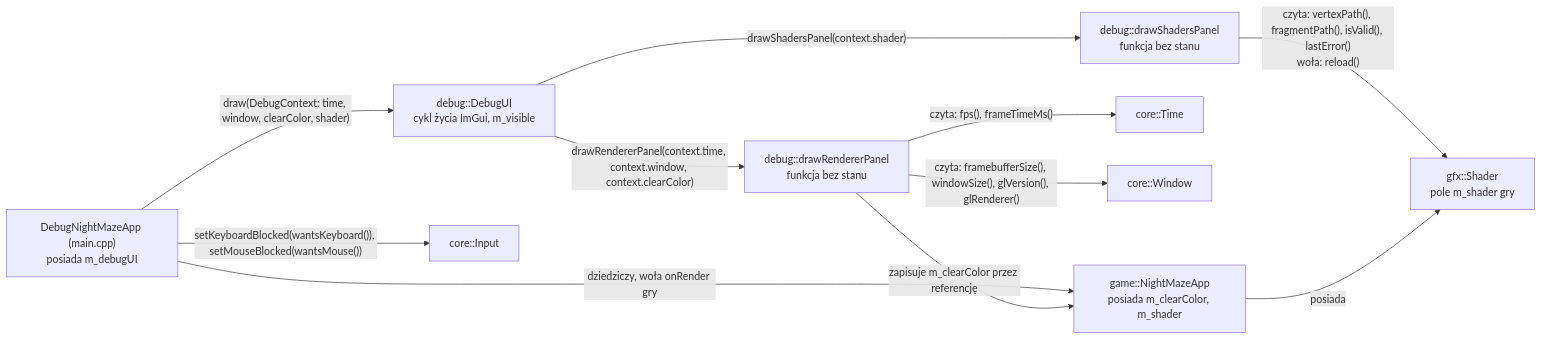
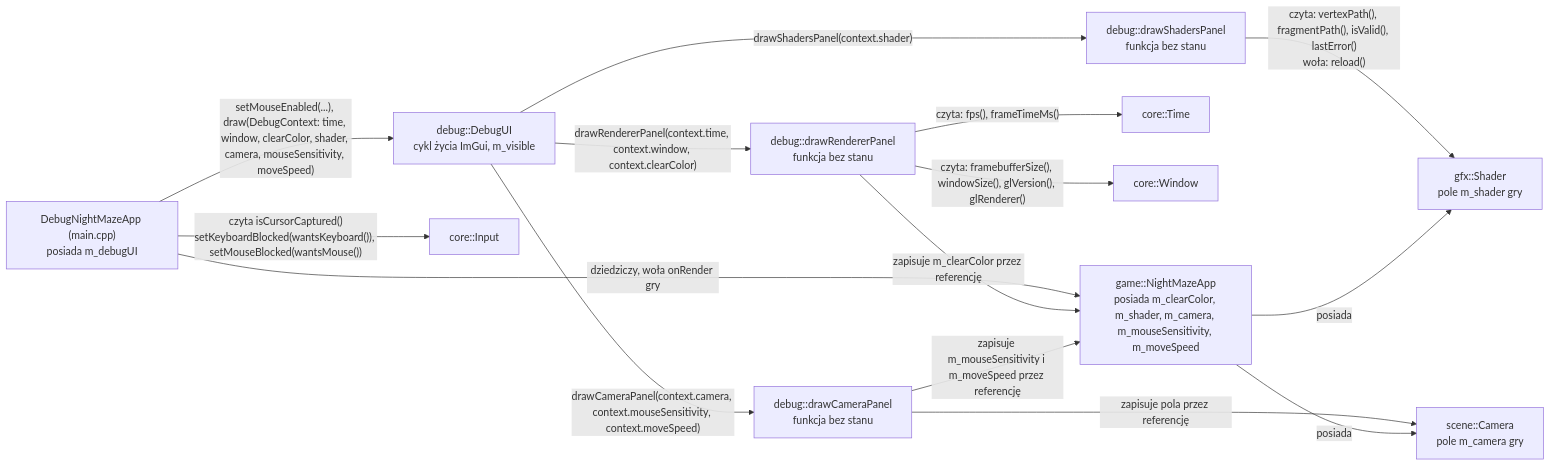
Before and after one commit to Shironex/night-maze: the second of 2 diagrams in docs/modules/debug-ui.md, drawn with Mermaid. The commit also changed other lines of this file and 25 other files, not shown here.

First line of the commit message:
feat(game): fly the camera around the cube

````diff
--- a/docs/modules/debug-ui.md
+++ b/docs/modules/debug-ui.md
@@ -157,13 +161,17 @@
 ```mermaid
 flowchart LR
-    Main["DebugNightMazeApp (main.cpp)<br/>posiada m_debugUI"] -->|"draw(DebugContext: time, window, clearColor, shader)"| UI["debug::DebugUI<br/>cykl życia ImGui, m_visible"]
-    Main -->|"dziedziczy, woła onRender gry"| Game["game::NightMazeApp<br/>posiada m_clearColor, m_shader"]
-    Main -->|"setKeyboardBlocked(wantsKeyboard()), setMouseBlocked(wantsMouse())"| In["core::Input"]
+    Main["DebugNightMazeApp (main.cpp)<br/>posiada m_debugUI"] -->|"setMouseEnabled(...), draw(DebugContext: time, window, clearColor, shader, camera, mouseSensitivity, moveSpeed)"| UI["debug::DebugUI<br/>cykl życia ImGui, m_visible"]
+    Main -->|"dziedziczy, woła onRender gry"| Game["game::NightMazeApp<br/>posiada m_clearColor, m_shader, m_camera, m_mouseSensitivity, m_moveSpeed"]
+    Main -->|"czyta isCursorCaptured()<br/>setKeyboardBlocked(wantsKeyboard()), setMouseBlocked(wantsMouse())"| In["core::Input"]
     UI -->|"drawRendererPanel(context.time, context.window, context.clearColor)"| Panel["debug::drawRendererPanel<br/>funkcja bez stanu"]
     Panel -->|"czyta: fps(), frameTimeMs()"| Time["core::Time"]
     Panel -->|"czyta: framebufferSize(), windowSize(), glVersion(), glRenderer()"| Win["core::Window"]
     Panel -->|"zapisuje m_clearColor przez referencję"| Game
     UI -->|"drawShadersPanel(context.shader)"| SPanel["debug::drawShadersPanel<br/>funkcja bez stanu"]
     SPanel -->|"czyta: vertexPath(), fragmentPath(), isValid(), lastError()<br/>woła: reload()"| Shader["gfx::Shader<br/>pole m_shader gry"]
     Game -->|"posiada"| Shader
+    UI -->|"drawCameraPanel(context.camera, context.mouseSensitivity, context.moveSpeed)"| CPanel["debug::drawCameraPanel<br/>funkcja bez stanu"]
+    CPanel -->|"zapisuje pola przez referencję"| Cam["scene::Camera<br/>pole m_camera gry"]
+    CPanel -->|"zapisuje m_mouseSensitivity i m_moveSpeed przez referencję"| Game
+    Game -->|"posiada"| Cam
 ```
````
